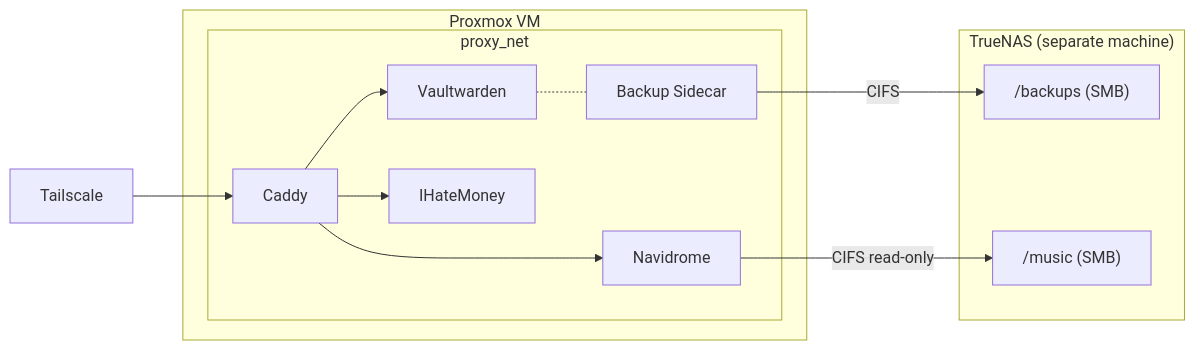
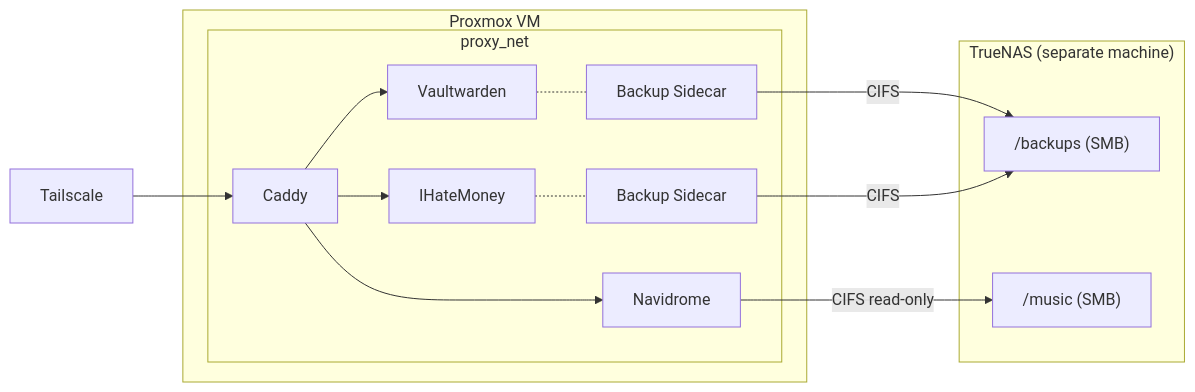
The first of 2 diagrams in README.md (masolnada/homelab), drawn with Mermaid before and after one commit. The commit also changed other lines of this file and 2 other files, not shown here.

Commit message:
feat: add backup sidecar for ihatemoney

````diff
--- a/README.md
+++ b/README.md
@@ -7,21 +7,23 @@
 ```mermaid
 graph LR
     TS[Tailscale] --> Caddy
 
     subgraph VM["Proxmox VM"]
         subgraph proxy_net
             Caddy --> Vaultwarden
             Caddy --> Navidrome
             Caddy --> IHateMoney
             Vaultwarden -.- Backup[Backup Sidecar]
+            IHateMoney -.- IHMBackup[Backup Sidecar]
         end
     end
 
     subgraph NAS["TrueNAS (separate machine)"]
         backups["/backups (SMB)"]
         music["/music (SMB)"]
     end
 
     Backup -->|CIFS| backups
+    IHMBackup -->|CIFS| backups
     Navidrome -->|CIFS read-only| music
 ```
````
